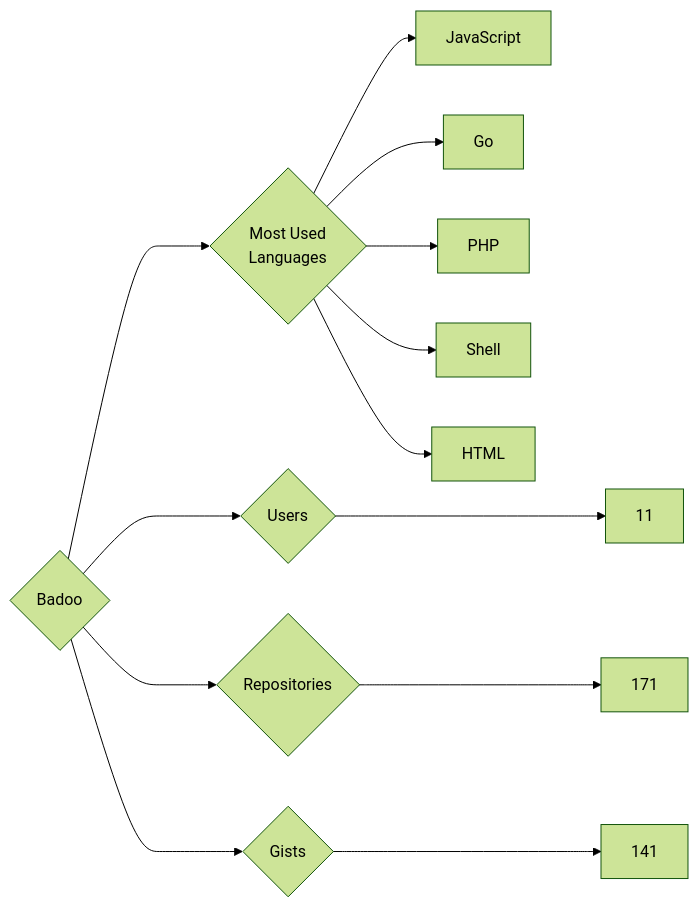
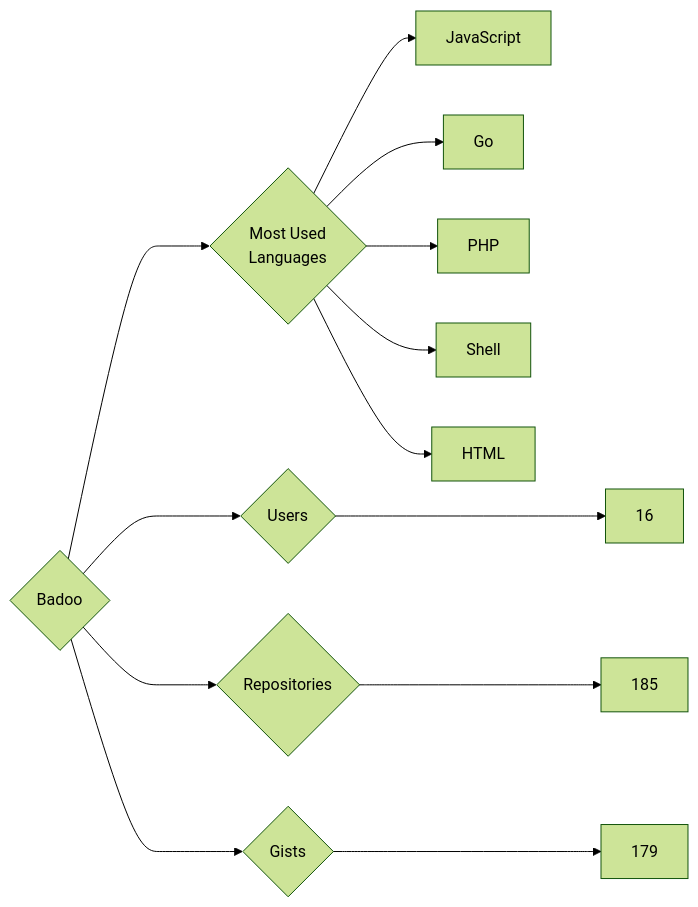
Before and after one commit to trickest/insiders: the diagram in targets/Badoo/README.md, drawn with Mermaid (forest theme). The commit also changed 953 other files, not shown here.

````diff
--- a/targets/Badoo/README.md
+++ b/targets/Badoo/README.md
@@ -3,13 +3,13 @@
 ```mermaid
 graph LR
 COMPANY_NAME{Badoo}
-COMPANY_NAME ---> U{Users} ---> UN[11]
-COMPANY_NAME ---> R{Repositories} ---> RN[171]
-COMPANY_NAME ---> G{Gists} ---> GN[141]
+COMPANY_NAME ---> U{Users} ---> UN[16]
+COMPANY_NAME ---> R{Repositories} ---> RN[185]
+COMPANY_NAME ---> G{Gists} ---> GN[179]
 COMPANY_NAME ---> ML{Most Used<br>Languages}
 ML --> JavaScript[JavaScript]
 ML --> Go[Go]
 ML --> PHP[PHP]
 ML --> Shell[Shell]
 ML --> HTML[HTML]
 ```
````
